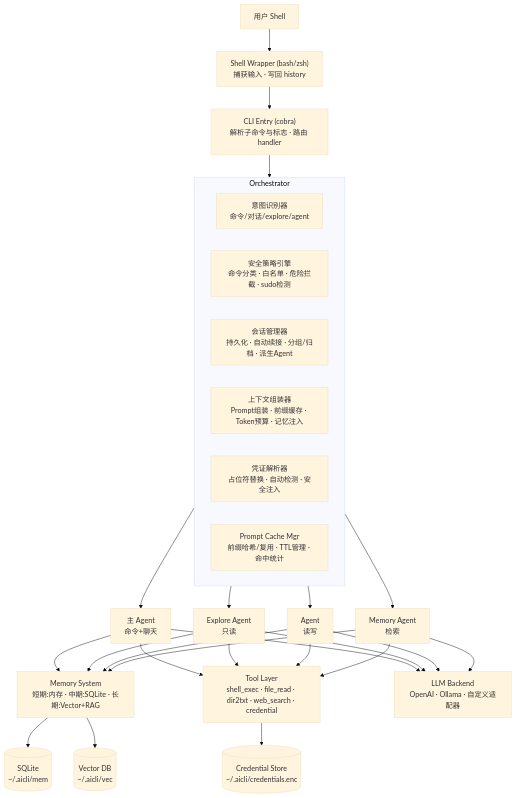
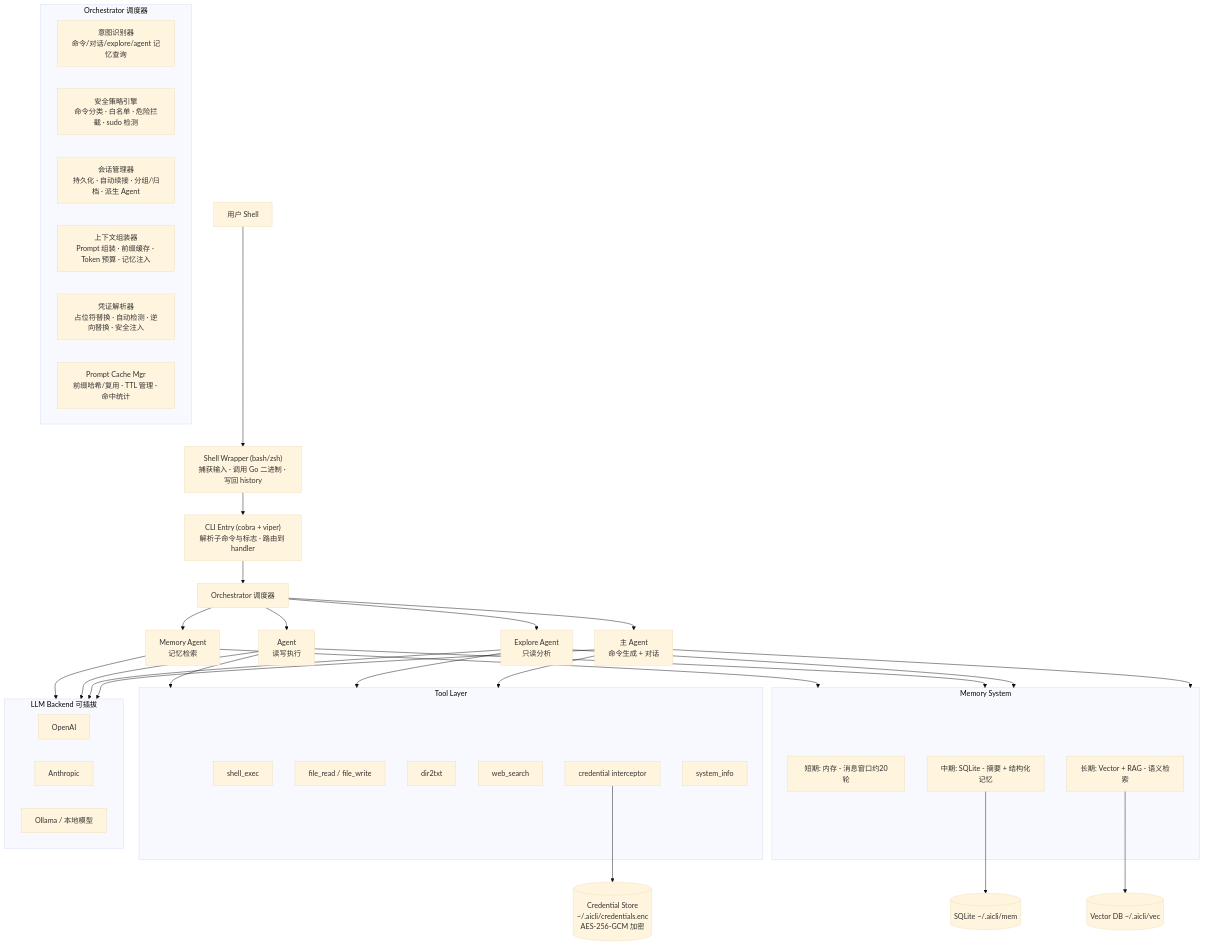
Before and after one commit to LingNc/aicli: the first of 9 diagrams in docs/plan.md, drawn with Mermaid (base theme). The commit also changed other lines of this file, not shown here.

````diff
--- a/docs/plan.md
+++ b/docs/plan.md
@@ -84,29 +84,57 @@
 ```mermaid
-graph TB
-    User["用户 Shell"] --> ShellWrapper["Shell Wrapper (bash/zsh)<br/>捕获输入 · 写回 history"]
-    ShellWrapper --> CLI["CLI Entry (cobra)<br/>解析子命令与标志 · 路由 handler"]
+graph TD
+    U["用户 Shell"] --> W["Shell Wrapper (bash/zsh)<br/>捕获输入 · 调用 Go 二进制 · 写回 history"]
+    W --> C["CLI Entry (cobra + viper)<br/>解析子命令与标志 · 路由到 handler"]
+    C --> O["Orchestrator 调度器"]
 
-    CLI --> Orchestrator["Orchestrator (调度器)"]
-
-    subgraph Orchestrator
-        Intent["意图识别器<br/>命令/对话/explore/agent"]
-        Safety["安全策略引擎<br/>命令分类 · 白名单 · 危险拦截 · sudo检测"]
-        SessionMgr["会话管理器<br/>持久化 · 自动续接 · 分组/归档 · 派生Agent"]
-        Context["上下文组装器<br/>Prompt组装 · 前缀缓存 · Token预算 · 记忆注入"]
-        CredResolver["凭证解析器<br/>占位符替换 · 自动检测 · 安全注入"]
-        PromptCache["Prompt Cache Mgr<br/>前缀哈希/复用 · TTL管理 · 命中统计"]
+    subgraph Orch["Orchestrator 调度器"]
+        I["意图识别器<br/>命令/对话/explore/agent 记忆查询"]
+        S["安全策略引擎<br/>命令分类 · 白名单 · 危险拦截 · sudo 检测"]
+        SM["会话管理器<br/>持久化 · 自动续接 · 分组/归档 · 派生 Agent"]
+        CA["上下文组装器<br/>Prompt 组装 · 前缀缓存 · Token 预算 · 记忆注入"]
+        CR["凭证解析器<br/>占位符替换 · 自动检测 · 逆向替换 · 安全注入"]
+        PCM["Prompt Cache Mgr<br/>前缀哈希/复用 · TTL 管理 · 命中统计"]
     end
 
-    Orchestrator --> MainAgent["主 Agent<br/>命令+聊天"]
-    Orchestrator --> ExploreAgent["Explore Agent<br/>只读"]
-    Orchestrator --> AgentAgent["Agent<br/>读写"]
-    Orchestrator --> MemoryAgent["Memory Agent<br/>检索"]
+    O --> MA["主 Agent<br/>命令生成 + 对话"]
+    O --> EA["Explore Agent<br/>只读分析"]
+    O --> AA["Agent<br/>读写执行"]
+    O --> MeA["Memory Agent<br/>记忆检索"]
 
-    MainAgent & ExploreAgent & AgentAgent & MemoryAgent --> MemSys["Memory System<br/>短期:内存 · 中期:SQLite · 长期:Vector+RAG"]
-    MainAgent & ExploreAgent & AgentAgent & MemoryAgent --> ToolLayer["Tool Layer<br/>shell_exec · file_read · dir2txt · web_search · credential"]
-    MainAgent & ExploreAgent & AgentAgent & MemoryAgent --> LLM["LLM Backend<br/>OpenAI · Ollama · 自定义适配器"]
+    MA --> MS
+    EA --> MS
+    AA --> MS
+    MeA --> MS
+    MA --> TL
+    EA --> TL
+    AA --> TL
+    MA --> LB
+    EA --> LB
+    AA --> LB
+    MeA --> LB
 
-    MemSys --> SQLite[("SQLite<br/>~/.aicli/mem")]
-    MemSys --> VectorDB[("Vector DB<br/>~/.aicli/vec")]
-    ToolLayer --> CredStore[("Credential Store<br/>~/.aicli/credentials.enc")]
+    subgraph MS["Memory System"]
+        M_S["短期: 内存 - 消息窗口约20轮"]
+        M_M["中期: SQLite - 摘要 + 结构化记忆"]
+        M_L["长期: Vector + RAG - 语义检索"]
+    end
+
+    subgraph TL["Tool Layer"]
+        T1["shell_exec"]
+        T2["file_read / file_write"]
+        T3["dir2txt"]
+        T4["web_search"]
+        T5["credential interceptor"]
+        T6["system_info"]
+    end
+
+    subgraph LB["LLM Backend 可插拔"]
+        L1["OpenAI"]
+        L2["Anthropic"]
+        L3["Ollama / 本地模型"]
+    end
+
+    M_M --> DB[("SQLite ~/.aicli/mem")]
+    M_L --> VEC[("Vector DB ~/.aicli/vec")]
+    T5 --> CRED[("Credential Store<br/>~/.aicli/credentials.enc<br/>AES-256-GCM 加密")]
 ```
````
